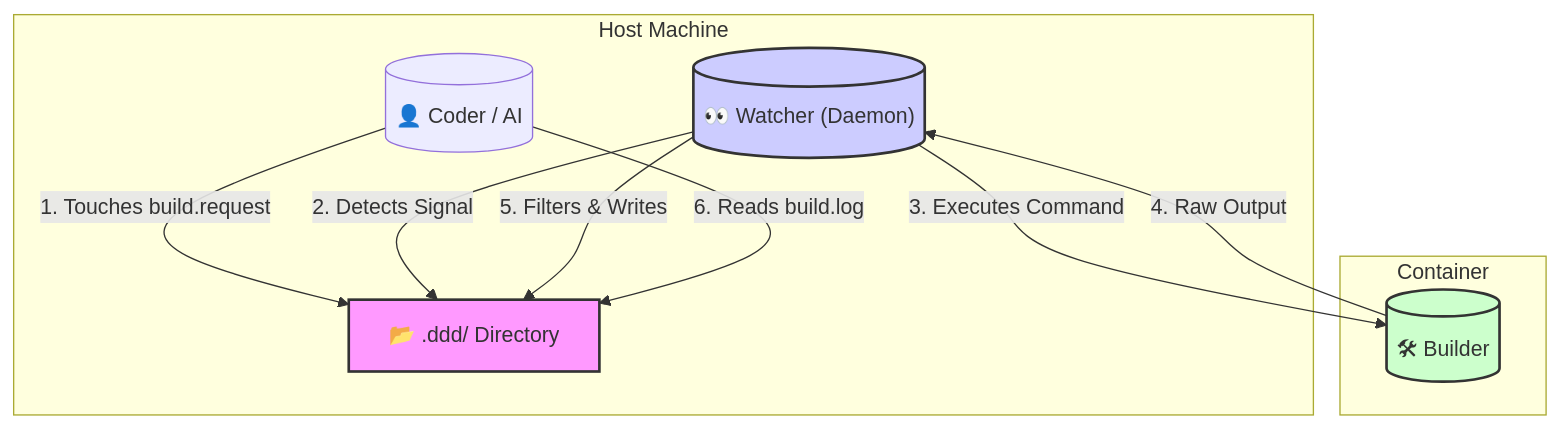
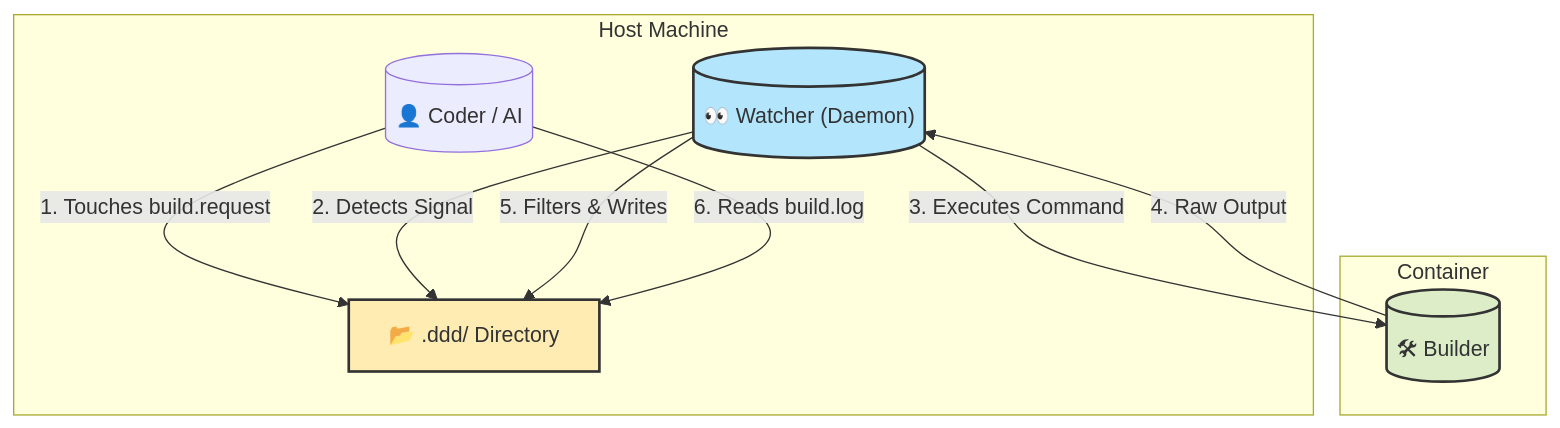
One commit to andrey-stepantsov/ddd changed the first of 2 diagrams in README.md. Above: the diagram before and after it, drawn with Mermaid.

Commit message:
fixing diagram colors in README.md

````diff
--- a/README.md
+++ b/README.md
@@ -17,25 +17,25 @@
 ```mermaid
 graph TD
     subgraph Host["Host Machine"]
         Coder[("👤 Coder / AI")]
         Daemon[("👀 Watcher (Daemon)")]
         Files["📂 .ddd/ Directory"]
     end
 
     subgraph Docker["Container"]
         Builder[("🛠 Builder")]
     end
 
     %% Interactions
     Coder -- "1. Touches build.request" --> Files
     Daemon -- "2. Detects Signal" --> Files
     Daemon -- "3. Executes Command" --> Builder
     Builder -- "4. Raw Output" --> Daemon
     Daemon -- "5. Filters & Writes" --> Files
     Coder -- "6. Reads build.log" --> Files
 
-    %% Styling
-    style Files fill:#f9f,stroke:#333,stroke-width:2px
-    style Daemon fill:#ccf,stroke:#333,stroke-width:2px
-    style Builder fill:#cfc,stroke:#333,stroke-width:2px
+    %% Styling - Softer Pastel Palette
+    style Files fill:#ffecb3,stroke:#333,stroke-width:2px
+    style Daemon fill:#b3e5fc,stroke:#333,stroke-width:2px
+    style Builder fill:#dcedc8,stroke:#333,stroke-width:2px
 ```
````
